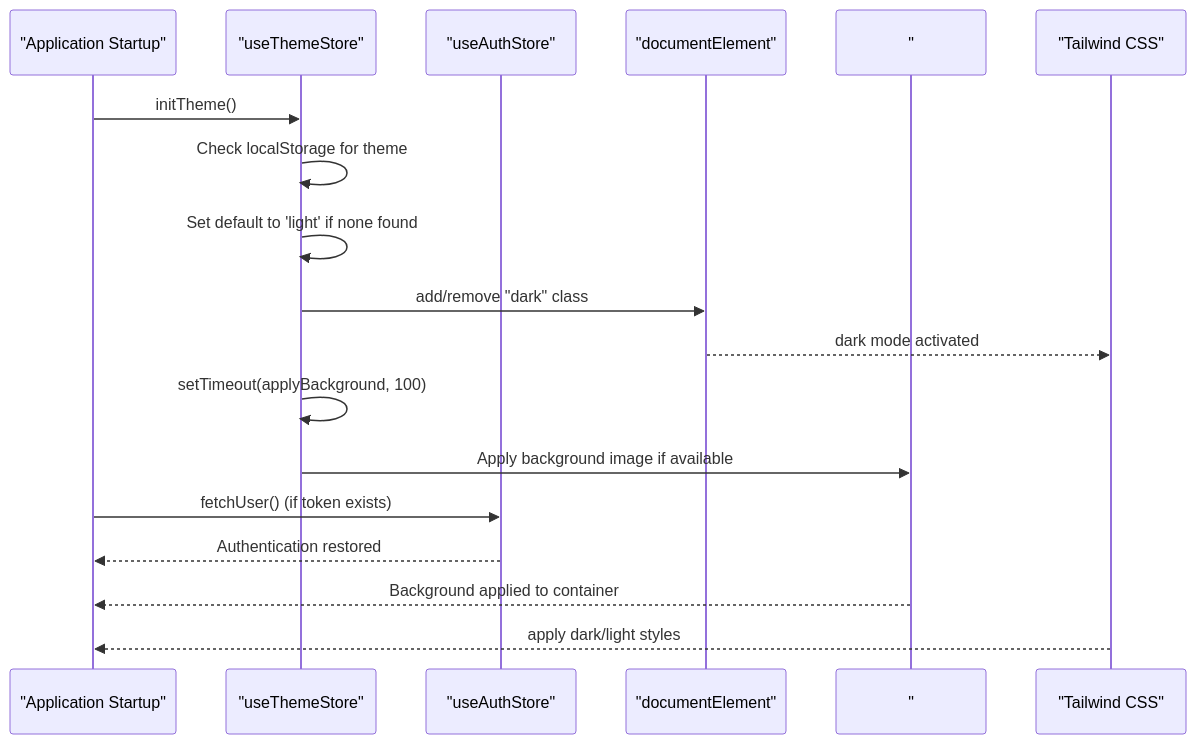
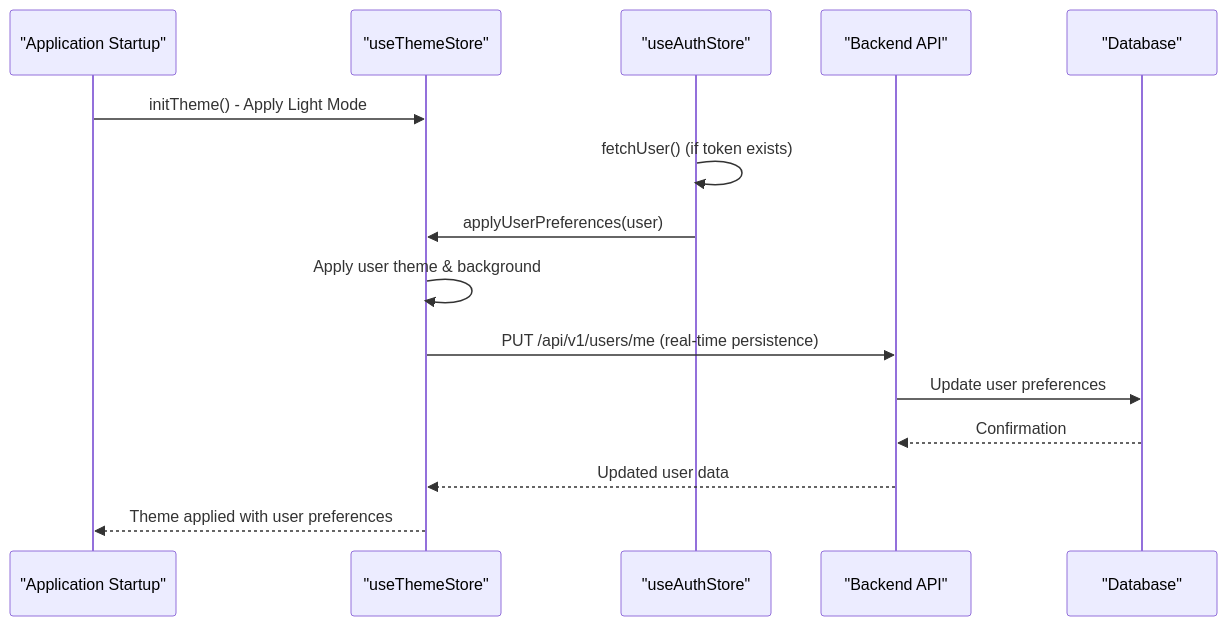
Before and after one commit to Nikita5543/New-SSO-02: the second of 8 diagrams in .qoder/repowiki/en/content/Frontend Architecture/Theming and Customization.md, drawn with Mermaid. The commit also changed other lines of this file and 3 other files, not shown here.

First line of the commit message:
feat(user): add unified profile update with theme and background support

````diff
--- a/.qoder/repowiki/en/content/Frontend Architecture/Theming and Customization.md
+++ b/.qoder/repowiki/en/content/Frontend Architecture/Theming and Customization.md
@@ -146,20 +154,17 @@
 ```mermaid
 sequenceDiagram
 participant APP as "Application Startup"
 participant TS as "useThemeStore"
 participant AUTH as "useAuthStore"
-participant DOM as "documentElement"
-participant BG as "#app-background"
-participant TW as "Tailwind CSS"
-APP->>TS : initTheme()
-TS->>TS : Check localStorage for theme
-TS->>TS : Set default to 'light' if none found
-TS->>DOM : add/remove "dark" class
-DOM-->>TW : dark mode activated
-TS->>TS : setTimeout(applyBackground, 100)
-TS->>BG : Apply background image if available
-APP->>AUTH : fetchUser() (if token exists)
-AUTH-->>APP : Authentication restored
-BG-->>APP : Background applied to container
-TW-->>APP : apply dark/light styles
+participant API as "Backend API"
+participant DB as "Database"
+APP->>TS : initTheme() - Apply Light Mode
+AUTH->>AUTH : fetchUser() (if token exists)
+AUTH->>TS : applyUserPreferences(user)
+TS->>TS : Apply user theme & background
+TS->>API : PUT /api/v1/users/me (real-time persistence)
+API->>DB : Update user preferences
+DB-->>API : Confirmation
+API-->>TS : Updated user data
+TS-->>APP : Theme applied with user preferences
 ```
````
